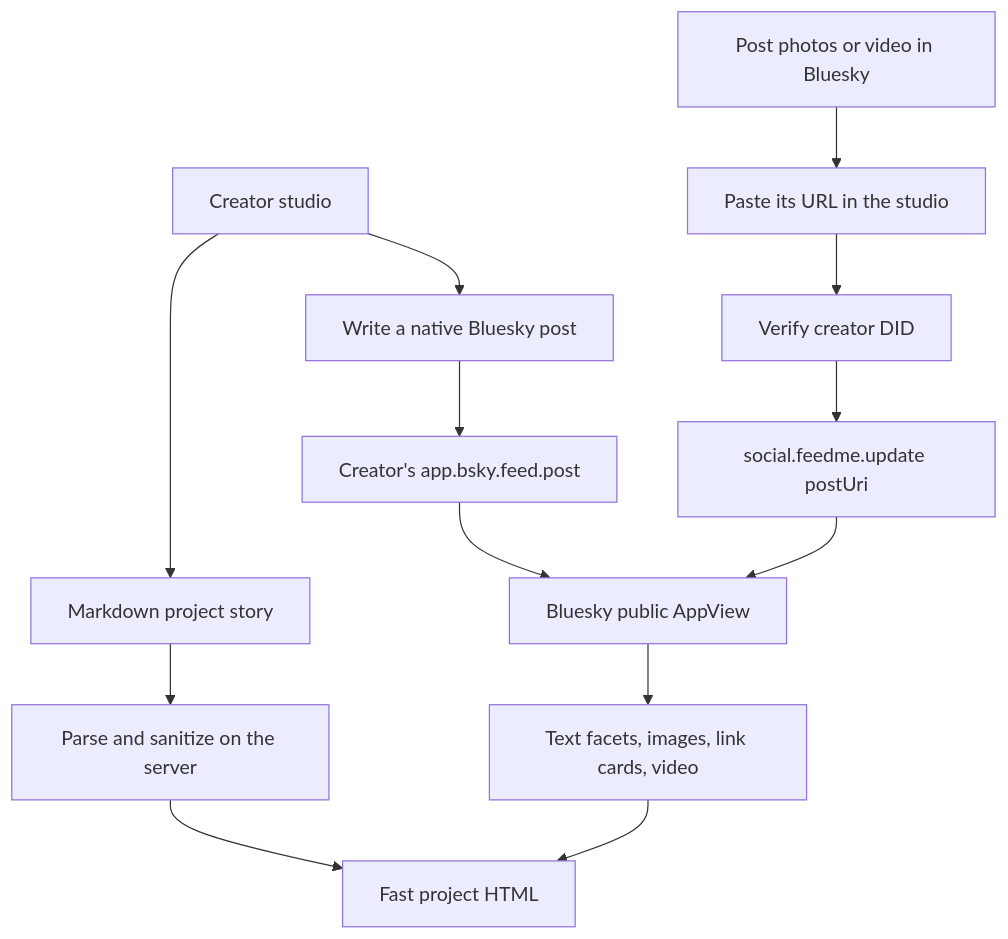
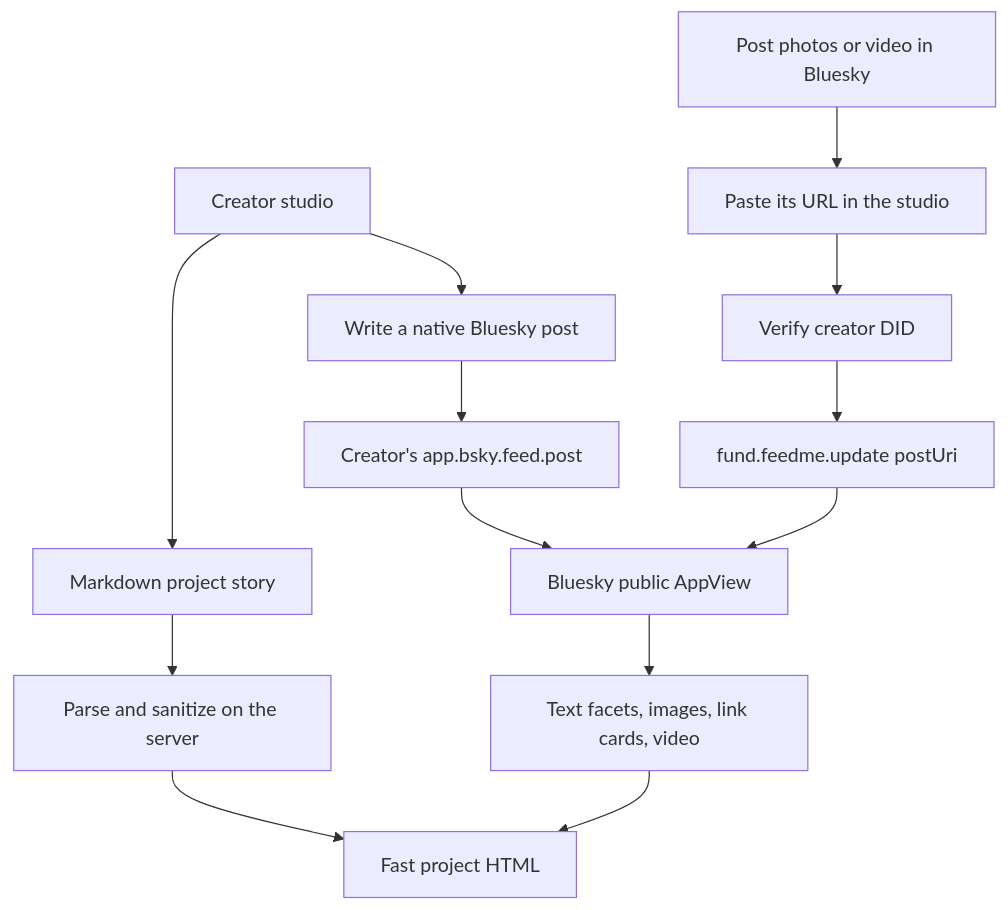
The first of 2 diagrams in docs/project-content.md (crs48/feedme), drawn with Mermaid before and after one commit. The commit also changed other lines of this file and 62 other files, not shown here.

````diff
--- a/docs/project-content.md
+++ b/docs/project-content.md
@@ -5,15 +5,15 @@
 ```mermaid
 flowchart TD
   Studio[Creator studio] --> Story[Markdown project story]
   Story --> Sanitize[Parse and sanitize on the server]
   Sanitize --> HTML[Fast project HTML]
   Studio --> Compose[Write a native Bluesky post]
   Compose --> PDS[Creator's app.bsky.feed.post]
   Bluesky[Post photos or video in Bluesky] --> Reference[Paste its URL in the studio]
   Reference --> Check[Verify creator DID]
-  Check --> Link[social.feedme.update postUri]
+  Check --> Link[fund.feedme.update postUri]
   PDS --> AppView[Bluesky public AppView]
   Link --> AppView
   AppView --> Media[Text facets, images, link cards, video]
   Media --> HTML
 ```
````
